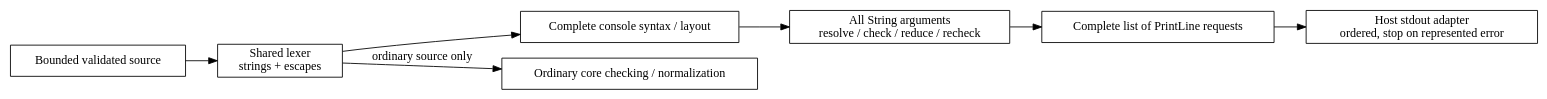
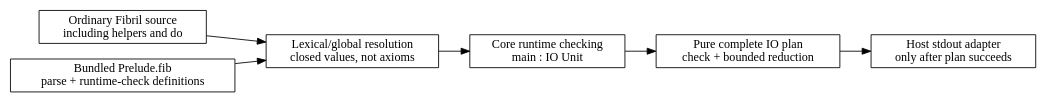
The diagram in docs/diagrams/console-runner.dot (odunboye/fibril), drawn with Graphviz before and after one commit. The commit also changed 60 other files, not shown here.

Commit message:
Replace console parser shortcut with checked Fibril IO library functions

```diff
--- a/docs/diagrams/console-runner.dot
+++ b/docs/diagrams/console-runner.dot
@@ -1,13 +1,12 @@
 digraph ConsoleRunner {
   rankdir=LR;
   node [shape=box];
-  source [label="Bounded validated source"];
-  lexer [label="Shared lexer\nstrings + escapes"];
-  profile [label="Complete console syntax / layout"];
-  planning [label="All String arguments\nresolve / check / reduce / recheck"];
-  action [label="Complete list of PrintLine requests"];
-  host [label="Host stdout adapter\nordered, stop on represented error"];
-  core [label="Ordinary core checking / normalization"];
-  source -> lexer -> profile -> planning -> action -> host;
-  lexer -> core [label="ordinary source only"];
+  source [label="Ordinary Fibril source\nincluding helpers and do"];
+  library [label="Bundled Prelude.fib\nparse + runtime-check definitions"];
+  resolve [label="Lexical/global resolution\nclosed values, not axioms"];
+  check [label="Core runtime checking\nmain : IO Unit"];
+  plan [label="Pure complete IO plan\ncheck + bounded reduction"];
+  execute [label="Host stdout adapter\nonly after plan succeeds"];
+  library -> resolve; source -> resolve; resolve -> check;
+  check -> plan; plan -> execute;
 }
```
